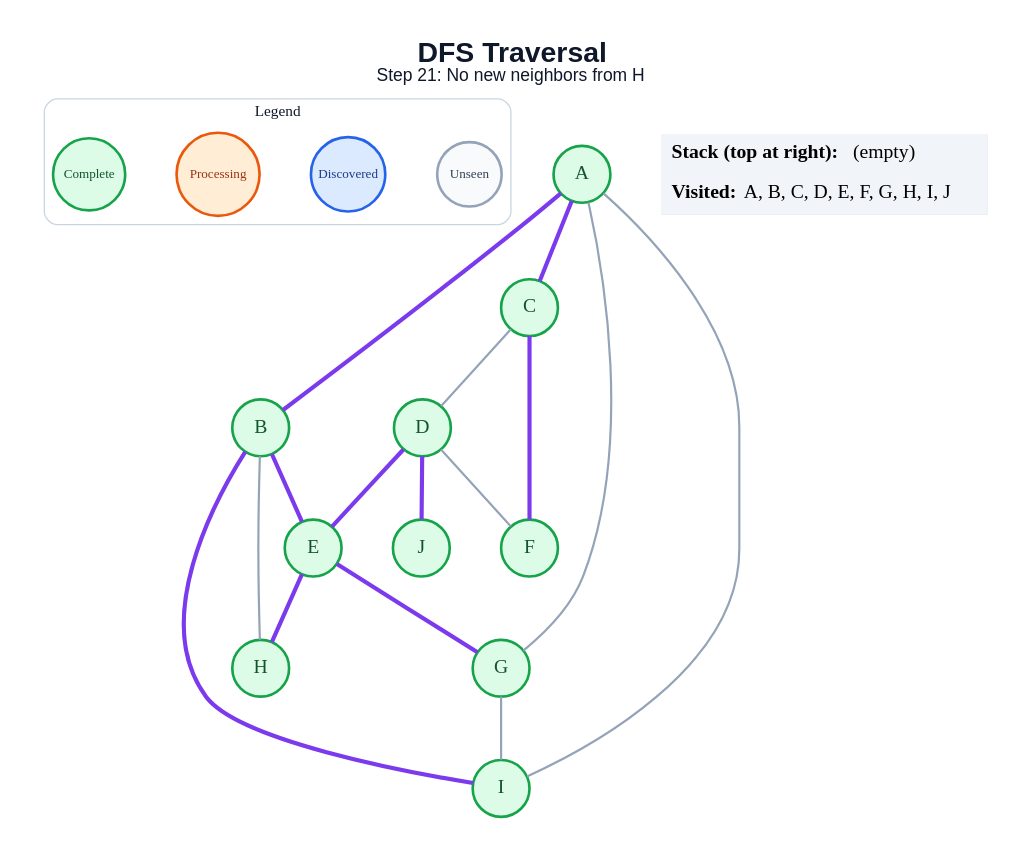
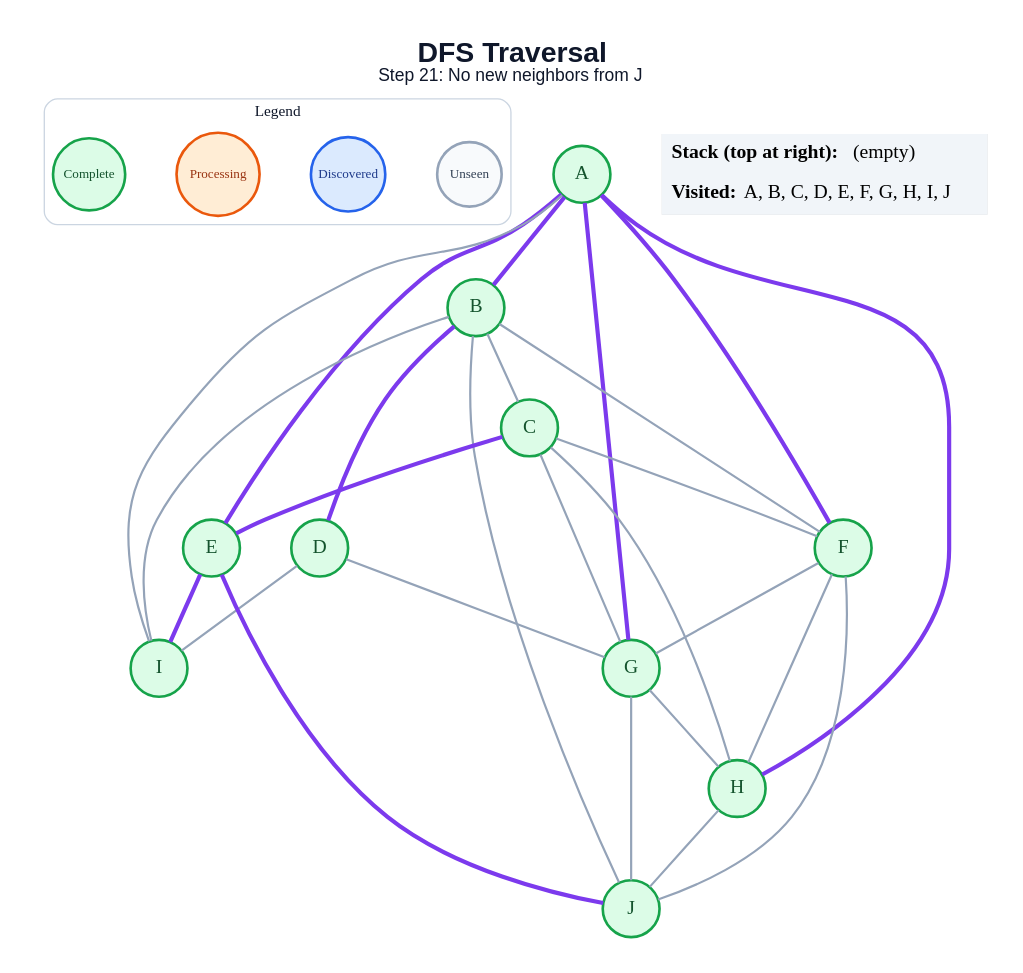
One commit to anon7238593-create/ai-slop changed the diagram in generated/specific-node/dfs/step_21.dot. Above: the diagram before and after it, drawn with Graphviz. The commit also changed 178 other files, not shown here.

```diff
--- a/generated/specific-node/dfs/step_21.dot
+++ b/generated/specific-node/dfs/step_21.dot
@@ -1,44 +1,54 @@
 graph traversal {
   graph [layout=dot, rankdir=TB, bgcolor="#FFFFFF", pad="0.35", nodesep="0.65", ranksep="0.8", fontname="Arial"];
   node [shape=circle, style="filled", fontname="Arial Bold", fontsize=18, width=0.72, fixedsize=true, penwidth=2.4];
   edge [color="#94A3B8", penwidth=2.0];
-  label=<<B>DFS Traversal</B><BR/><FONT POINT-SIZE="16">Step 21: No new neighbors from H</FONT>>; labelloc="t"; fontsize=26; fontname="Arial"; fontcolor="#0F172A";
+  label=<<B>DFS Traversal</B><BR/><FONT POINT-SIZE="16">Step 21: No new neighbors from J</FONT>>; labelloc="t"; fontsize=26; fontname="Arial"; fontcolor="#0F172A";
   subgraph cluster_legend { label="Legend"; color="#CBD5E1"; penwidth=1.2; style="rounded"; fontsize=14; fontname="Arial Bold";
     key_unseen [label="Unseen", fillcolor="#F8FAFC", color="#94A3B8", fontcolor="#334155", fontsize=12, width=0.82];
     key_frontier [label="Discovered", fillcolor="#DBEAFE", color="#2563EB", fontcolor="#1E3A8A", fontsize=12, width=0.95];
     key_current [label="Processing", fillcolor="#FFEDD5", color="#EA580C", fontcolor="#9A3412", fontsize=12, width=1.05];
     key_done [label="Complete", fillcolor="#DCFCE7", color="#16A34A", fontcolor="#14532D", fontsize=12, width=0.92];
     { rank=same; key_unseen; key_frontier; key_current; key_done; }
   }
   A [fillcolor="#DCFCE7", color="#16A34A", fontcolor="#14532D"];
   B [fillcolor="#DCFCE7", color="#16A34A", fontcolor="#14532D"];
   C [fillcolor="#DCFCE7", color="#16A34A", fontcolor="#14532D"];
   D [fillcolor="#DCFCE7", color="#16A34A", fontcolor="#14532D"];
   E [fillcolor="#DCFCE7", color="#16A34A", fontcolor="#14532D"];
   F [fillcolor="#DCFCE7", color="#16A34A", fontcolor="#14532D"];
   G [fillcolor="#DCFCE7", color="#16A34A", fontcolor="#14532D"];
   H [fillcolor="#DCFCE7", color="#16A34A", fontcolor="#14532D"];
   I [fillcolor="#DCFCE7", color="#16A34A", fontcolor="#14532D"];
   J [fillcolor="#DCFCE7", color="#16A34A", fontcolor="#14532D"];
   A -- B [color="#7C3AED", penwidth=3.8];
-  A -- C [color="#7C3AED", penwidth=3.8];
-  A -- G;
+  A -- E [color="#7C3AED", penwidth=3.8];
+  A -- F [color="#7C3AED", penwidth=3.8];
+  A -- G [color="#7C3AED", penwidth=3.8];
+  A -- H [color="#7C3AED", penwidth=3.8];
   A -- I;
-  B -- E [color="#7C3AED", penwidth=3.8];
-  B -- H;
-  B -- I [color="#7C3AED", penwidth=3.8];
-  C -- D;
-  C -- F [color="#7C3AED", penwidth=3.8];
-  D -- E [color="#7C3AED", penwidth=3.8];
-  D -- F;
-  D -- J [color="#7C3AED", penwidth=3.8];
-  E -- G [color="#7C3AED", penwidth=3.8];
-  E -- H [color="#7C3AED", penwidth=3.8];
-  G -- I;
+  B -- C;
+  B -- D [color="#7C3AED", penwidth=3.8];
+  B -- F;
+  B -- I;
+  B -- J;
+  C -- E [color="#7C3AED", penwidth=3.8];
+  C -- F;
+  C -- G;
+  C -- H;
+  D -- G;
+  D -- I;
+  E -- I [color="#7C3AED", penwidth=3.8];
+  E -- J [color="#7C3AED", penwidth=3.8];
+  F -- G;
+  F -- H;
+  F -- J;
+  G -- H;
+  G -- J;
+  H -- J;
   status [shape=plain, fixedsize=false, width=0, height=0, margin=0, label=<
     <TABLE BORDER="0" CELLBORDER="0" CELLPADDING="7" BGCOLOR="#F1F5F9">
       <TR><TD ALIGN="LEFT"><B>Stack (top at right):</B> (empty)</TD></TR>
       <TR><TD ALIGN="LEFT"><B>Visited:</B> A, B, C, D, E, F, G, H, I, J</TD></TR>
     </TABLE>
   >];
 }
```
